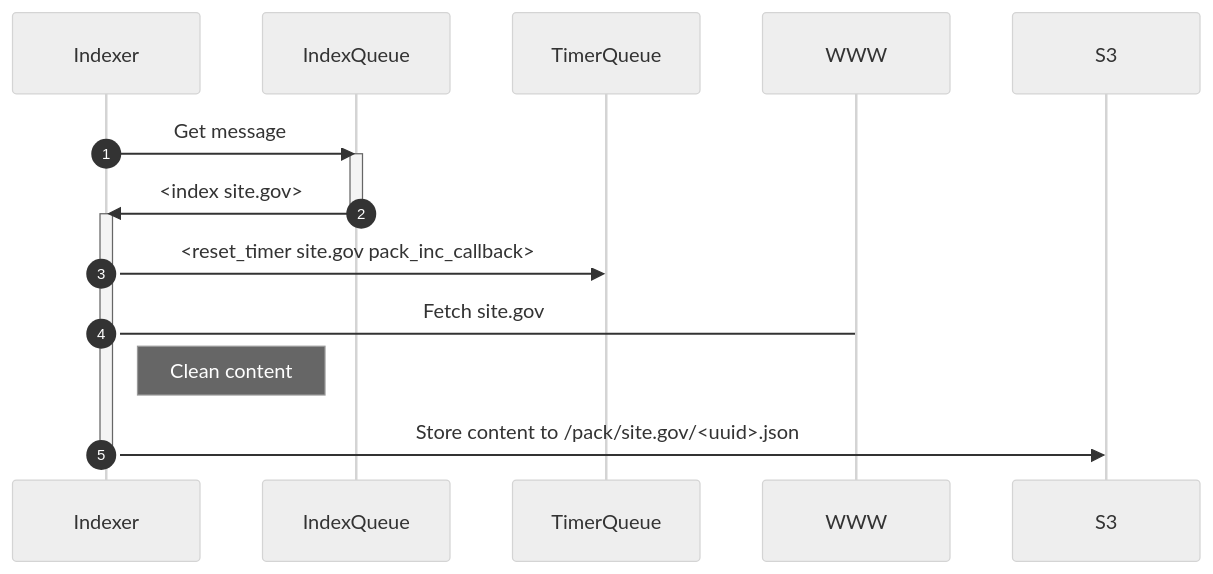
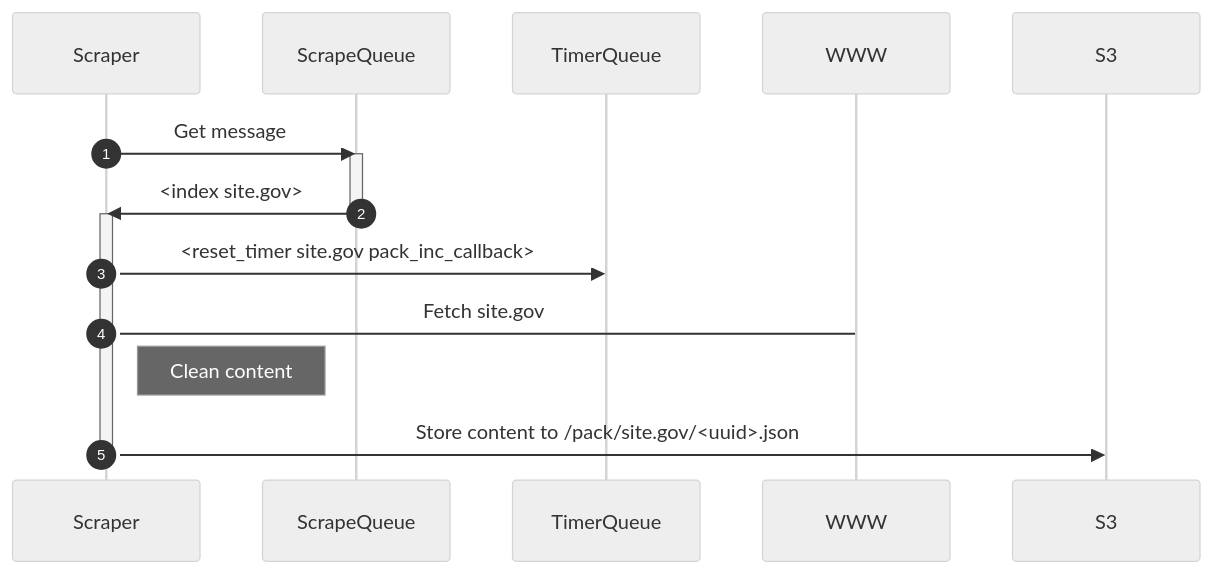
One commit to jadudm/six changed the third of 12 diagrams in pkg/types/REAME.md. Above: the diagram before and after it, drawn with Mermaid (neutral theme). The commit also changed other lines of this file and 18 other files, not shown here.

````diff
--- a/pkg/types/REAME.md
+++ b/pkg/types/REAME.md
@@ -61,17 +61,17 @@
 ```mermaid
 sequenceDiagram
     autonumber
-    participant I as Indexer
-    participant IQ as IndexQueue
+    participant I as Scraper
+    participant IQ as ScrapeQueue
     participant TQ as TimerQueue
     I->>IQ: Get message
     activate IQ
     IQ->>I: <index site.gov>
     deactivate IQ
     activate I
     I->>TQ: <reset_timer site.gov pack_inc_callback>
     I->WWW: Fetch site.gov
     Note right of I: Clean content
     I->>S3: Store content to /pack/site.gov/<uuid>.json
     deactivate I
 ```
````
